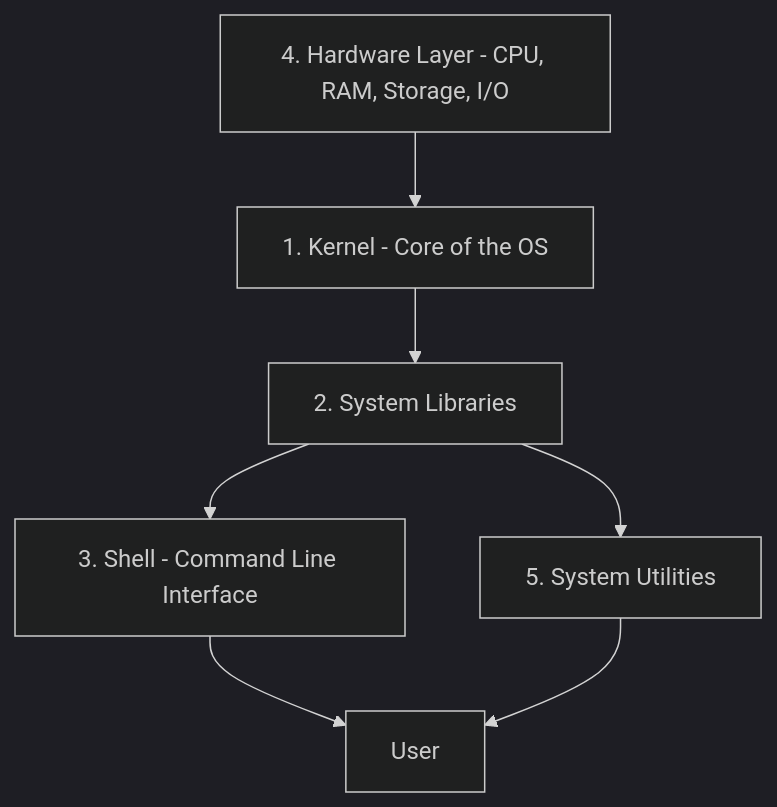
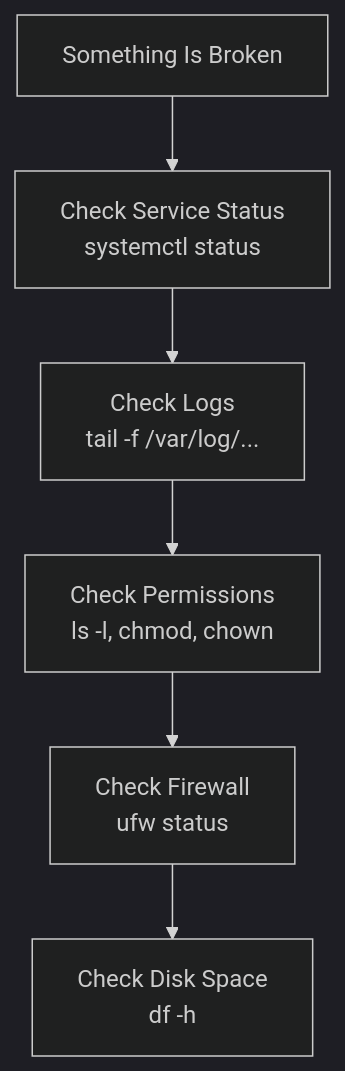
Before and after one commit to ammaryasser28/Pre-Security: the second of 2 diagrams in Linux Fundamentals/Overview.md, drawn with Mermaid (dark theme). The commit also changed other lines of this file, not shown here.

````diff
--- a/Linux Fundamentals/Overview.md
+++ b/Linux Fundamentals/Overview.md
@@ -96,16 +992,8 @@
 ```mermaid
 flowchart TB
-    Hardware["4. Hardware Layer - CPU, RAM, Storage, I/O"]
-    Kernel2["1. Kernel - Core of the OS"]
-    Libraries["2. System Libraries"]
-    Utilities["5. System Utilities"]
-    Shell["3. Shell - Command Line Interface"]
-    User["User"]
-
-    Hardware --> Kernel2
-    Kernel2 --> Libraries
-    Libraries --> Shell
-    Libraries --> Utilities
-    Shell --> User
-    Utilities --> User
+    A["Something Is Broken"] --> B["Check Service Status<br/>systemctl status"]
+    B --> C["Check Logs<br/>tail -f /var/log/..."]
+    C --> D["Check Permissions<br/>ls -l, chmod, chown"]
+    D --> E["Check Firewall<br/>ufw status"]
+    E --> F["Check Disk Space<br/>df -h"]
 ```
````
